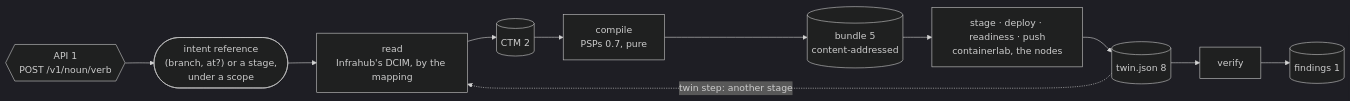
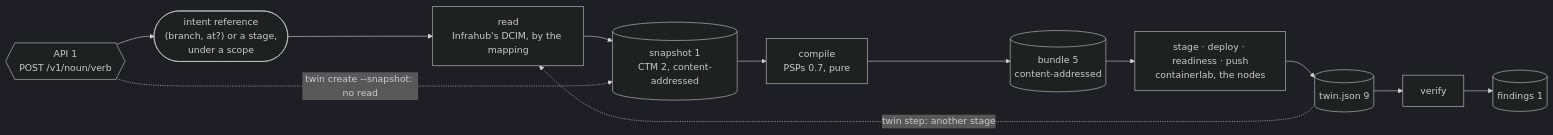
Before and after one commit to happypathnetworking/fylgja: the first of 5 diagrams in docs/architecture.md, drawn with Mermaid (dark theme). The commit also changed other lines of this file and 6 other files, not shown here.

First line of the commit message:
docs: architecture, glossary, development, the brief and the README say what 018 built

````diff
--- a/docs/architecture.md
+++ b/docs/architecture.md
@@ -97,15 +100,16 @@
 ```mermaid
 flowchart LR
     api{{"API 1<br/>POST /v1/noun/verb"}}
     ref(["intent reference<br/>(branch, at?) or a stage,<br/>under a scope"])
     read["read<br/>Infrahub's DCIM, by the mapping"]
-    ctm[("CTM 2")]
+    snap[("snapshot 1<br/>CTM 2, content-addressed")]
     compile["compile<br/>PSPs 0.7, pure"]
     bundle[("bundle 5<br/>content-addressed")]
     provision["stage · deploy · readiness · push<br/>containerlab, the nodes"]
-    twin[("twin.json 8")]
+    twin[("twin.json 9")]
     verify["verify"]
     doc[("findings 1")]
-    api --> ref --> read --> ctm --> compile --> bundle --> provision --> twin --> verify --> doc
+    api --> ref --> read --> snap --> compile --> bundle --> provision --> twin --> verify --> doc
+    api -. "twin create --snapshot: no read" .-> snap
     twin -. "twin step: another stage" .-> read
 ```
````
